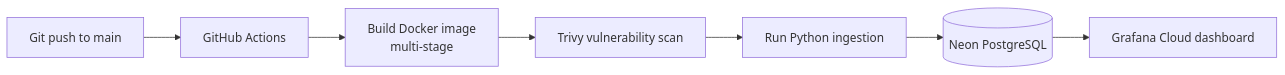
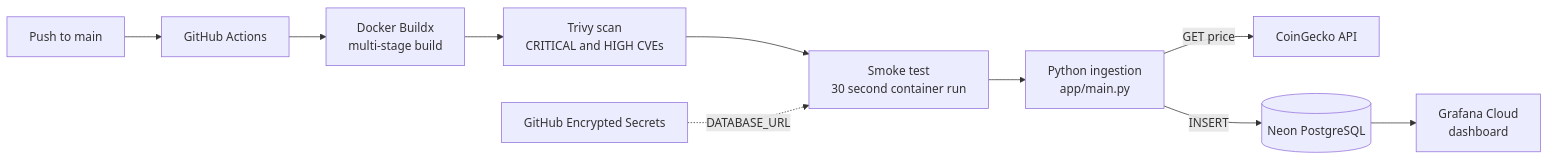
The diagram in README.md (medhinibr/sentinel-devops-pipeline), drawn with Mermaid before and after one commit. The commit also changed other lines of this file, not shown here.

````diff
--- a/README.md
+++ b/README.md
@@ -9,9 +13,12 @@
 ```mermaid
 flowchart LR
-    A[Git push to main] --> B[GitHub Actions]
-    B --> C[Build Docker image<br/>multi-stage]
-    C --> D[Trivy vulnerability scan]
-    D --> E[Run Python ingestion]
-    E --> F[(Neon PostgreSQL)]
-    F --> G[Grafana Cloud dashboard]
+    A[Push to main] --> B[GitHub Actions]
+    B --> C[Docker Buildx<br/>multi-stage build]
+    C --> D[Trivy scan<br/>CRITICAL and HIGH CVEs]
+    D --> E[Smoke test<br/>30 second container run]
+    E --> F[Python ingestion<br/>app/main.py]
+    F -->|GET price| G[CoinGecko API]
+    F -->|INSERT| H[(Neon PostgreSQL)]
+    H --> I[Grafana Cloud<br/>dashboard]
+    S[GitHub Encrypted Secrets] -.->|DATABASE_URL| E
 ```
````
